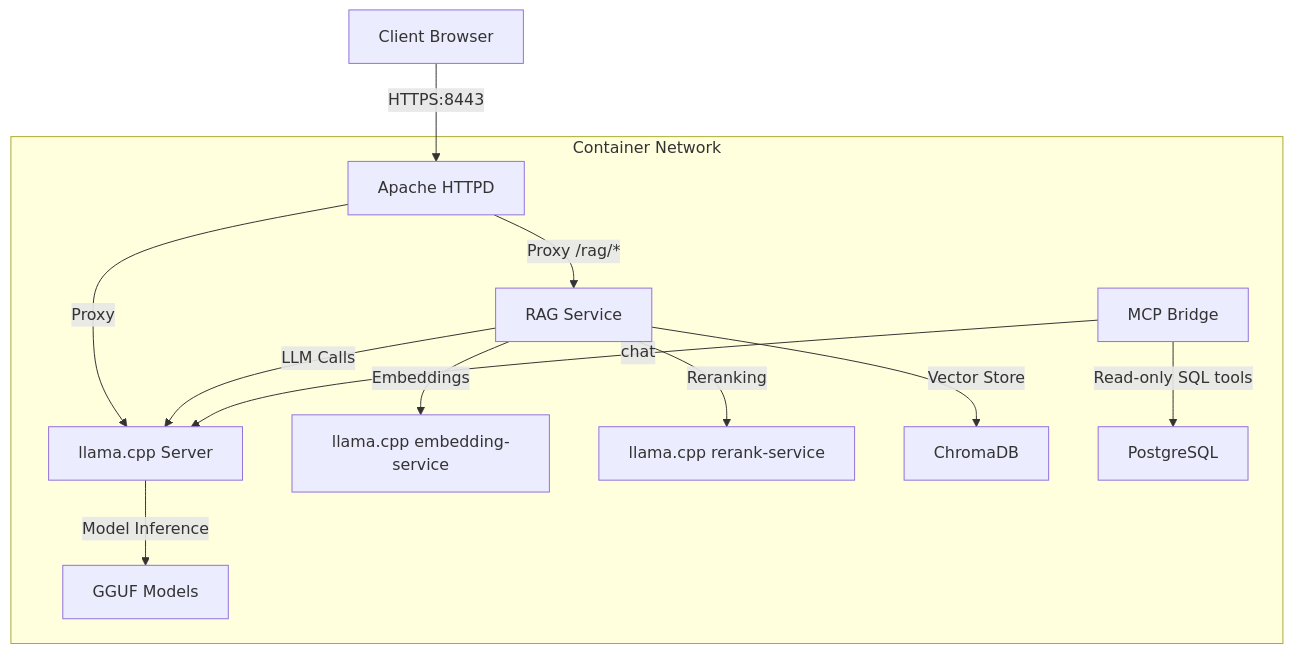
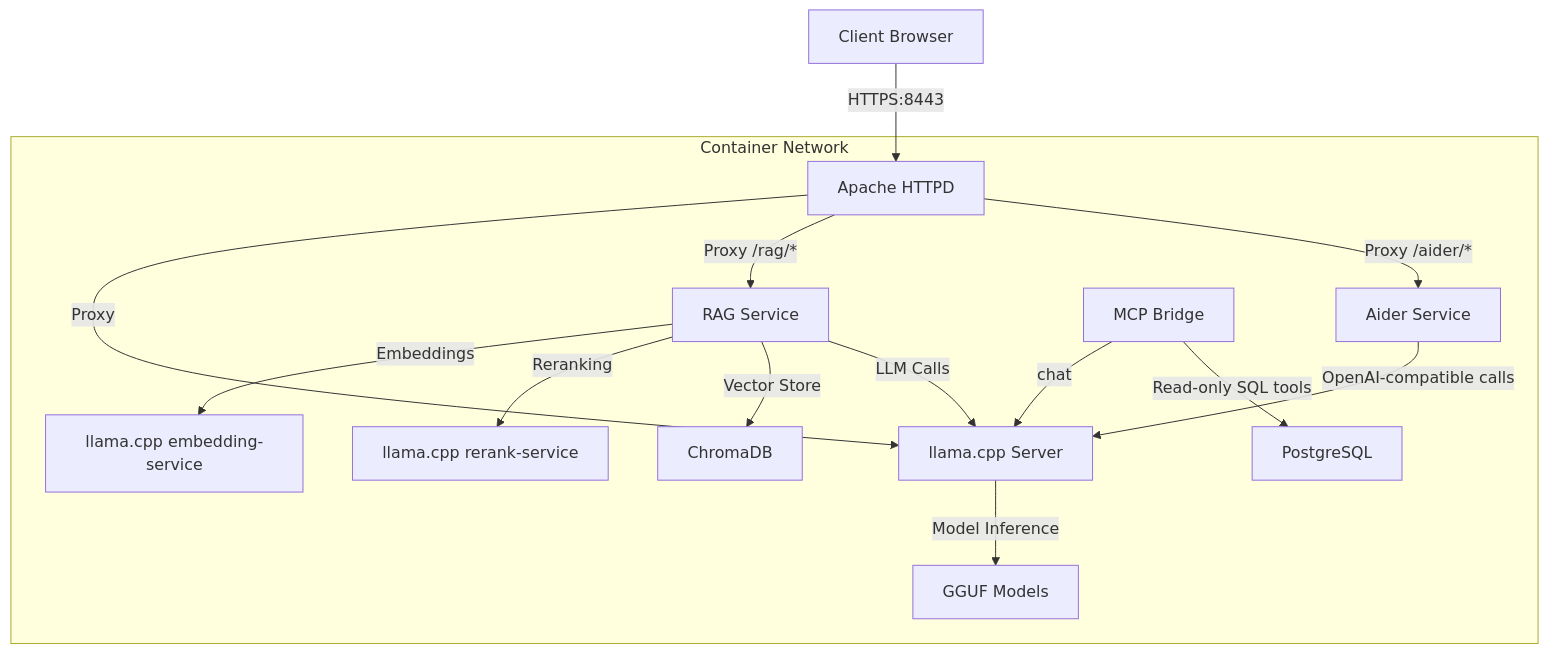
One commit to hills-i/llama-cpp-podman changed the diagram in README.md. Above: the diagram before and after it, drawn with Mermaid. The commit also changed other lines of this file and 11 other files, not shown here.

Commit message:
feat: Add Aider service with browser UI and update related configurations

````diff
--- a/README.md
+++ b/README.md
@@ -89,25 +92,28 @@
 ```mermaid
 graph TB
     A[Client Browser] -->|HTTPS:8443| B[Apache HTTPD]
     B -->|Proxy| C[llama.cpp Server]
     B -->|Proxy /rag/*| D[RAG Service]
+    B -->|Proxy /aider/*| K[Aider Service]
     C -->|Model Inference| E[GGUF Models]
     D -->|Embeddings| F[llama.cpp embedding-service]
     D -->|Reranking| G[llama.cpp rerank-service]
     D -->|Vector Store| H[ChromaDB]
     D -->|LLM Calls| C
     J[MCP Bridge] -->|chat| C
     J -->|Read-only SQL tools| I[PostgreSQL]
+    K -->|OpenAI-compatible calls| C
     
     subgraph "Container Network"
         B
         C
         D
         E
         F
         G
         H
         I
         J
+        K
     end
 ```
````
